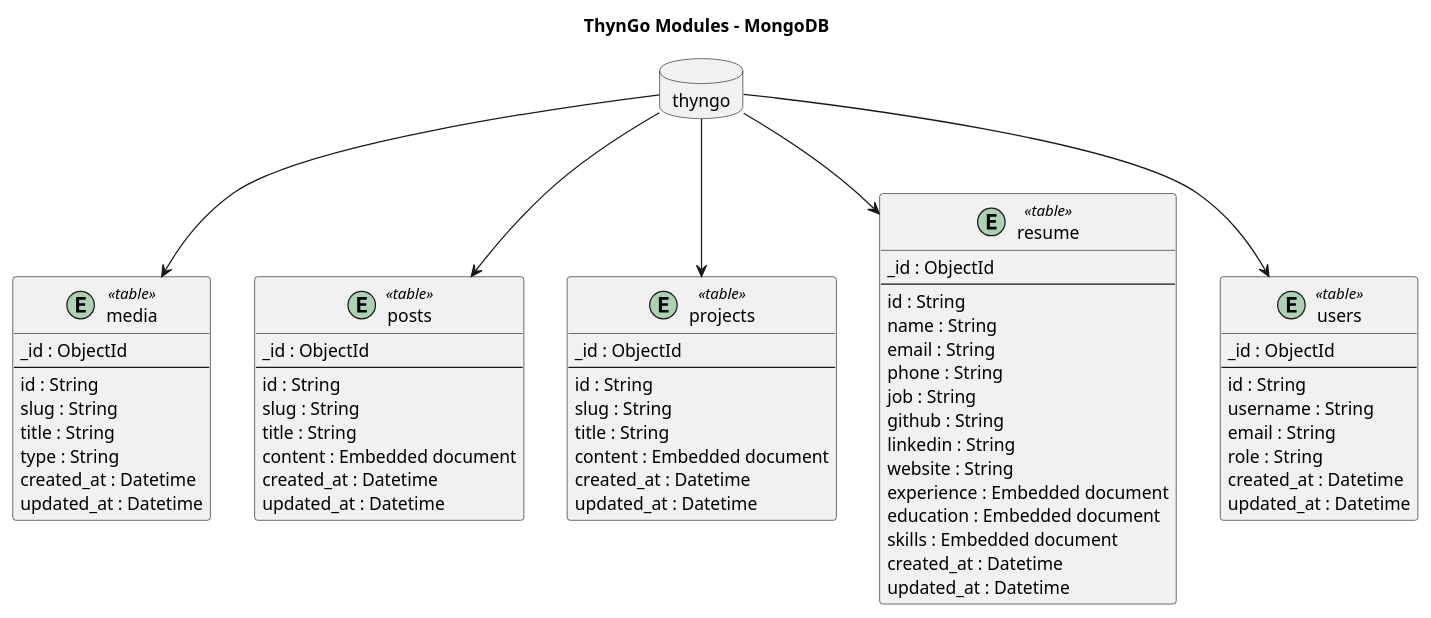
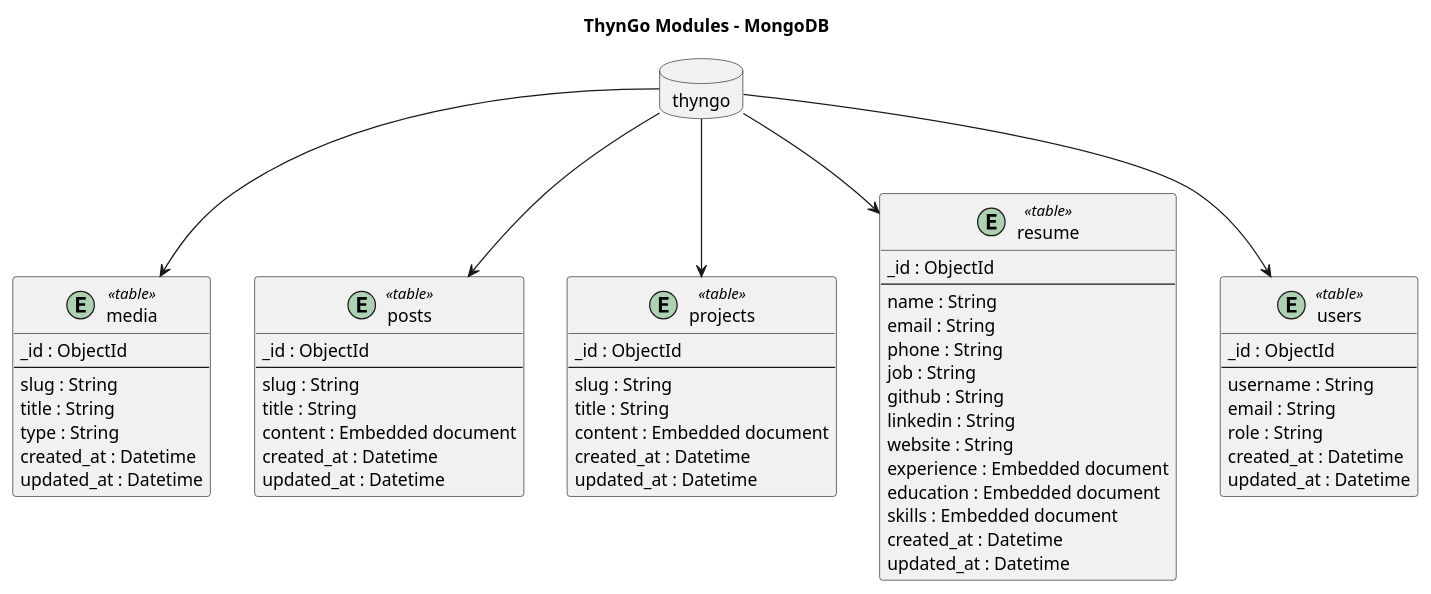
One commit to RaphaelMailhiot/thyngo changed the diagram in docs/database/mongo-modules.puml. Above: the diagram before and after it, drawn with PlantUML. The commit also changed 5 other files, not shown here.

```diff
--- a/docs/database/mongo-modules.puml
+++ b/docs/database/mongo-modules.puml
@@ -1,78 +1,73 @@
 @startuml
 
 title ThynGo Modules - MongoDB
 
 
 database "thyngo" as thyngo{
 }
 
 entity "media" as media <<table>> {
   _id : ObjectId
   --
-  id : String
   slug : String
   title : String
   type : String
   created_at : Datetime
   updated_at : Datetime
 }
 
 entity "posts" as posts <<table>> {
   _id : ObjectId
   --
-  id : String
   slug : String
   title : String
   content : Embedded document
   created_at : Datetime
   updated_at : Datetime
 }
 
 entity "projects" as projects <<table>> {
   _id : ObjectId
   --
-  id : String
   slug : String
   title : String
   content : Embedded document
   created_at : Datetime
   updated_at : Datetime
 }
 
 entity "resume" as resume <<table>> {
   _id : ObjectId
   --
-  id : String
   name : String
   email : String
   phone : String
   job : String
   github : String
   linkedin : String
   website : String
   experience : Embedded document
   education : Embedded document
   skills : Embedded document
   created_at : Datetime
   updated_at : Datetime
 }
 
 entity "users" as users <<table>> {
   _id : ObjectId
   --
-  id : String
   username : String
   email : String
   role : String
   created_at : Datetime
   updated_at : Datetime
 }
 
 
 thyngo --> media
 thyngo --> projects
 thyngo --> posts
 thyngo --> resume
 thyngo --> users
 
 @enduml
```
